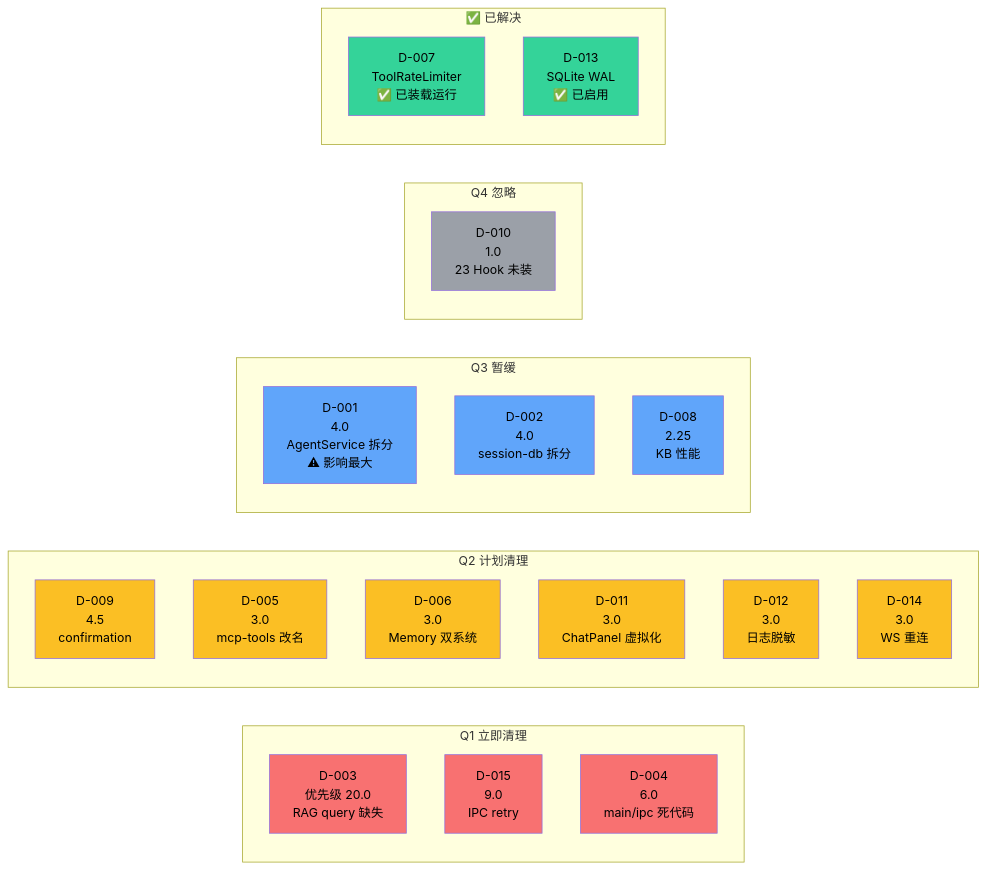
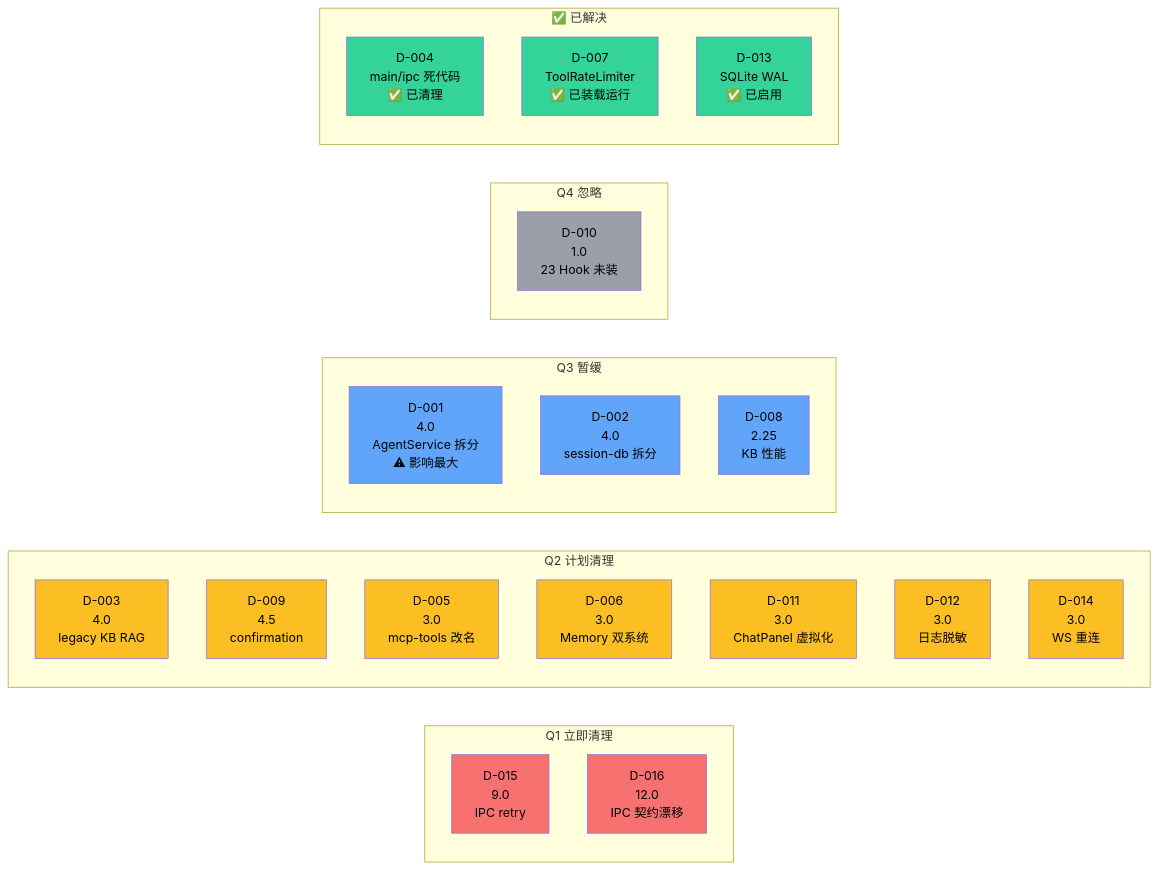
The second of 3 diagrams in docs/arch/10-tech-debt-architect-view.md (LanicBlue/zero-core), drawn with Mermaid before and after one commit. The commit also changed other lines of this file and 53 other files, not shown here.

````diff
--- a/docs/arch/10-tech-debt-architect-view.md
+++ b/docs/arch/10-tech-debt-architect-view.md
@@ -307,44 +328,46 @@
 ```mermaid
 graph LR
     subgraph "Q1 立即清理"
-        D003["D-003<br/>优先级 20.0<br/>RAG query 缺失"]
         D015["D-015<br/>9.0<br/>IPC retry"]
-        D004["D-004<br/>6.0<br/>main/ipc 死代码"]
+        D016["D-016<br/>12.0<br/>IPC 契约漂移"]
     end
     subgraph "Q2 计划清理"
+        D003["D-003<br/>4.0<br/>legacy KB RAG"]
         D009["D-009<br/>4.5<br/>confirmation"]
         D005["D-005<br/>3.0<br/>mcp-tools 改名"]
         D006["D-006<br/>3.0<br/>Memory 双系统"]
         D011["D-011<br/>3.0<br/>ChatPanel 虚拟化"]
         D012["D-012<br/>3.0<br/>日志脱敏"]
         D014["D-014<br/>3.0<br/>WS 重连"]
     end
     subgraph "Q3 暂缓"
         D001["D-001<br/>4.0<br/>AgentService 拆分<br/>⚠ 影响最大"]
         D002["D-002<br/>4.0<br/>session-db 拆分"]
         D008["D-008<br/>2.25<br/>KB 性能"]
     end
     subgraph "Q4 忽略"
         D010["D-010<br/>1.0<br/>23 Hook 未装"]
     end
     subgraph "✅ 已解决"
+        D004s["D-004<br/>main/ipc 死代码<br/>✅ 已清理"]
         D007s["D-007<br/>ToolRateLimiter<br/>✅ 已装载运行"]
         D013s["D-013<br/>SQLite WAL<br/>✅ 已启用"]
     end
 
-    style D003 fill:#f87171,color:#000
+    style D003 fill:#fbbf24,color:#000
     style D015 fill:#f87171,color:#000
-    style D004 fill:#f87171,color:#000
+    style D016 fill:#f87171,color:#000
     style D009 fill:#fbbf24,color:#000
     style D005 fill:#fbbf24,color:#000
     style D006 fill:#fbbf24,color:#000
     style D011 fill:#fbbf24,color:#000
     style D012 fill:#fbbf24,color:#000
     style D014 fill:#fbbf24,color:#000
     style D001 fill:#60a5fa,color:#000
     style D002 fill:#60a5fa,color:#000
     style D008 fill:#60a5fa,color:#000
     style D010 fill:#9ba0a8,color:#000
+    style D004s fill:#34d399,color:#000
     style D007s fill:#34d399,color:#000
     style D013s fill:#34d399,color:#000
 ```
````
